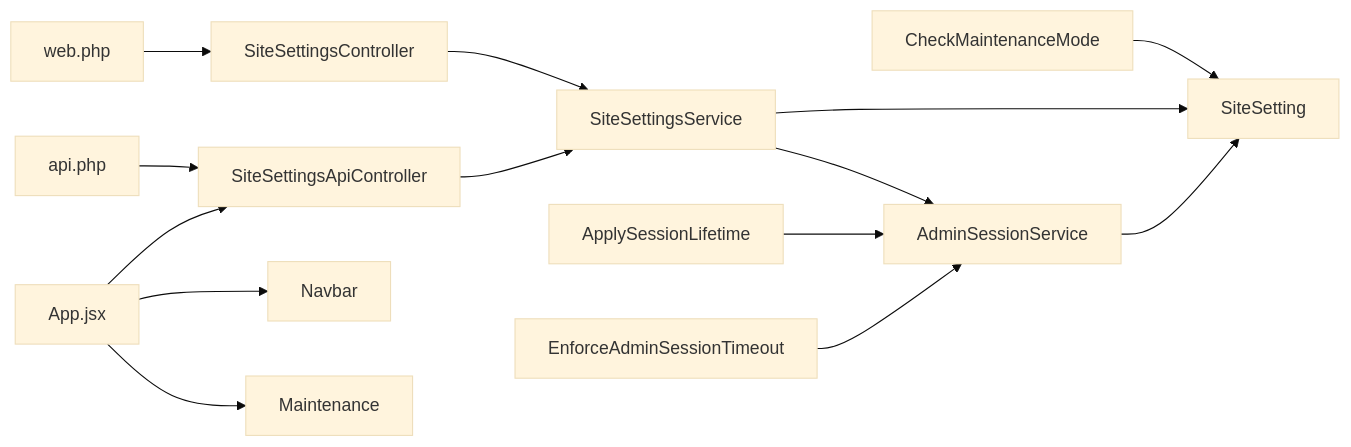
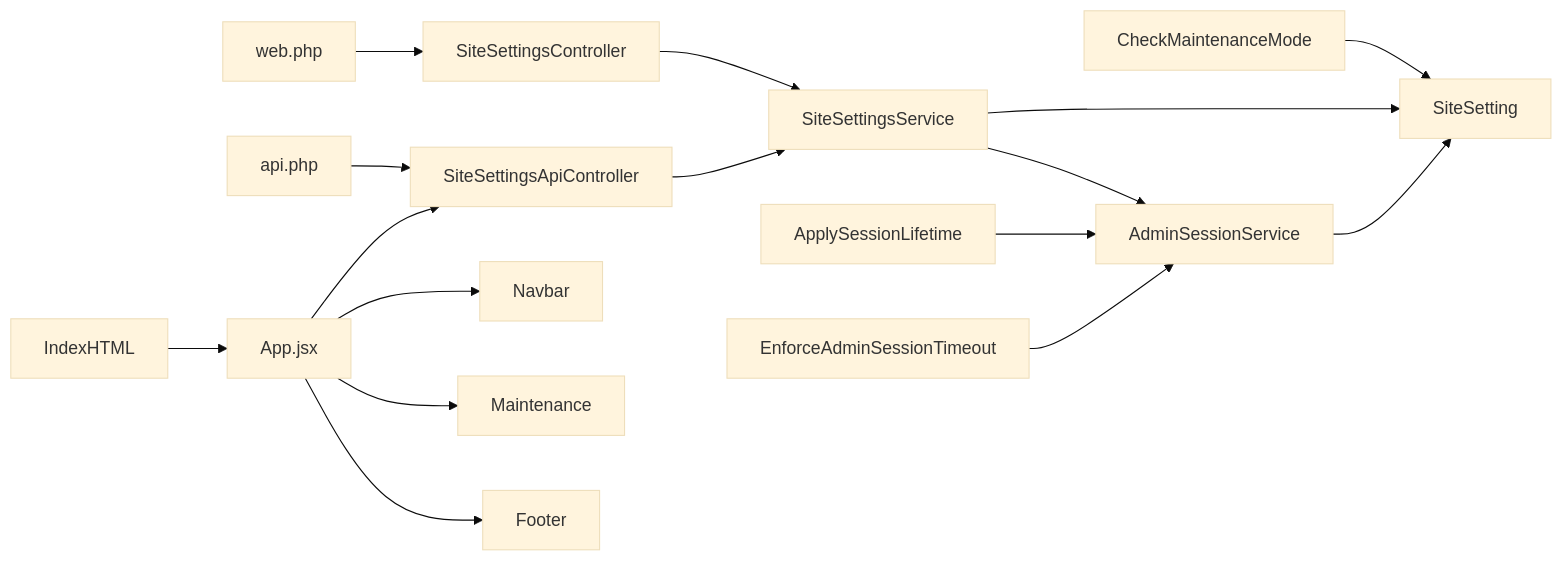
Before and after one commit to mahbub095/bus-app: the seventh of 7 diagrams in .qoder/repowiki/en/content/Administrative Dashboard/Site Configuration & Settings.md, drawn with Mermaid (base theme). The commit also changed other lines of this file and 115 other files, not shown here.

````diff
--- a/.qoder/repowiki/en/content/Administrative Dashboard/Site Configuration & Settings.md
+++ b/.qoder/repowiki/en/content/Administrative Dashboard/Site Configuration & Settings.md
@@ -407,16 +430,18 @@
 ```mermaid
 graph LR
 MW["CheckMaintenanceMode"] --> Model["SiteSetting"]
 AdminCtrl["SiteSettingsController"] --> Svc["SiteSettingsService"]
 ApiCtrl["SiteSettingsApiController"] --> Svc
 Svc --> Model
 Svc --> AdminSvc["AdminSessionService"]
 AdminSvc --> Model
 SessionMW["ApplySessionLifetime"] --> AdminSvc
 TimeoutMW["EnforceAdminSessionTimeout"] --> AdminSvc
 Web["web.php"] --> AdminCtrl
 Api["api.php"] --> ApiCtrl
 FE["App.jsx"] --> ApiCtrl
 FE --> Navbar
 FE --> Maintenance
+FE --> Footer
+IndexHTML --> FE
 ```
````
